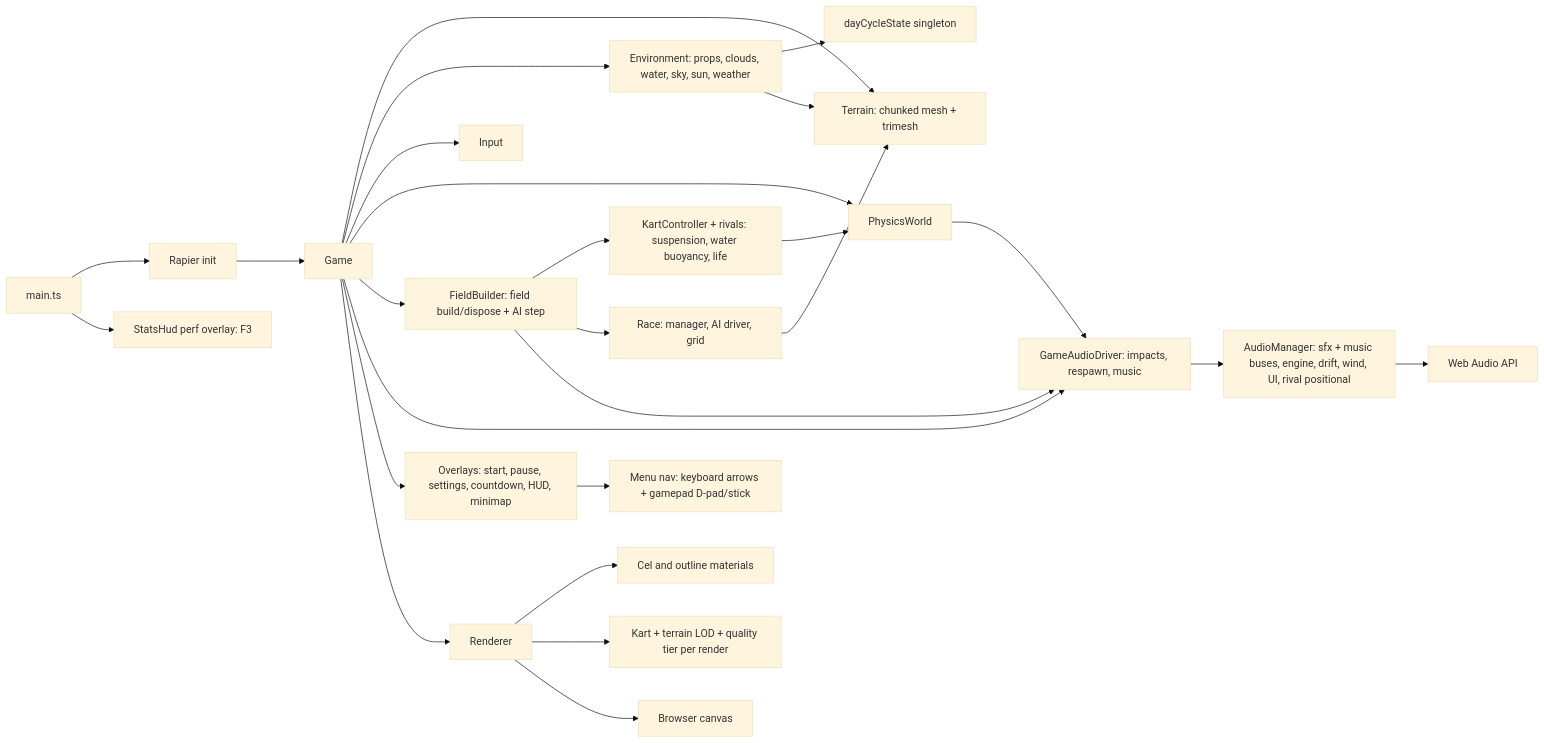
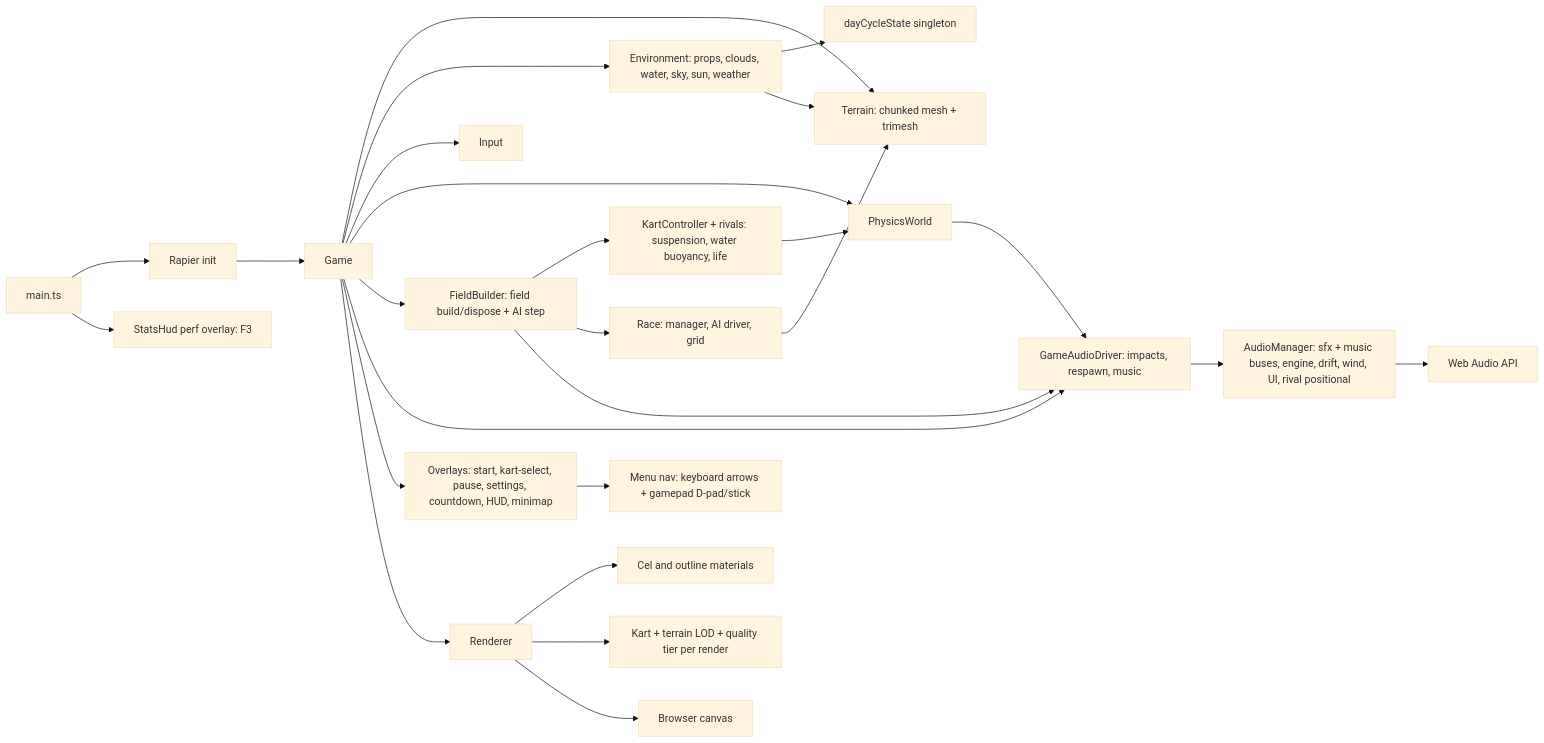
Before and after one commit to jjgroenendijk/cart-game: the diagram in AGENTS.md, drawn with Mermaid (base theme). The commit also changed 21 other files, not shown here.

First line of the commit message:
024 Kart variant select (#34)

````diff
--- a/AGENTS.md
+++ b/AGENTS.md
@@ -24,28 +24,28 @@
 ```mermaid
 flowchart LR
   main[main.ts] --> rapier[Rapier init]
   rapier --> game[Game]
   game --> terrain[Terrain: chunked mesh + trimesh]
   game --> env[Environment: props, clouds, water, sky, sun, weather]
   env --> dayCycle[dayCycleState singleton]
   env --> terrain
   game --> input[Input]
   game --> physics[PhysicsWorld]
   game --> field[FieldBuilder: field build/dispose + AI step]
   field --> kart[KartController + rivals: suspension, water buoyancy, life]
   field --> race[Race: manager, AI driver, grid]
   kart --> physics
   race --> terrain
   game --> gameAudio[GameAudioDriver: impacts, respawn, music]
   field --> gameAudio
   physics --> gameAudio
   gameAudio --> audio[AudioManager: sfx + music buses, engine, drift, wind, UI, rival positional]
   audio --> webaudio[Web Audio API]
-  game --> ui[Overlays: start, pause, settings, countdown, HUD, minimap]
+  game --> ui[Overlays: start, kart-select, pause, settings, countdown, HUD, minimap]
   ui --> menuNav[Menu nav: keyboard arrows + gamepad D-pad/stick]
   game --> renderer[Renderer]
   renderer --> materials[Cel and outline materials]
   renderer --> lod[Kart + terrain LOD + quality tier per render]
   renderer --> canvas[Browser canvas]
   main --> statsHud[StatsHud perf overlay: F3]
 ```
````
